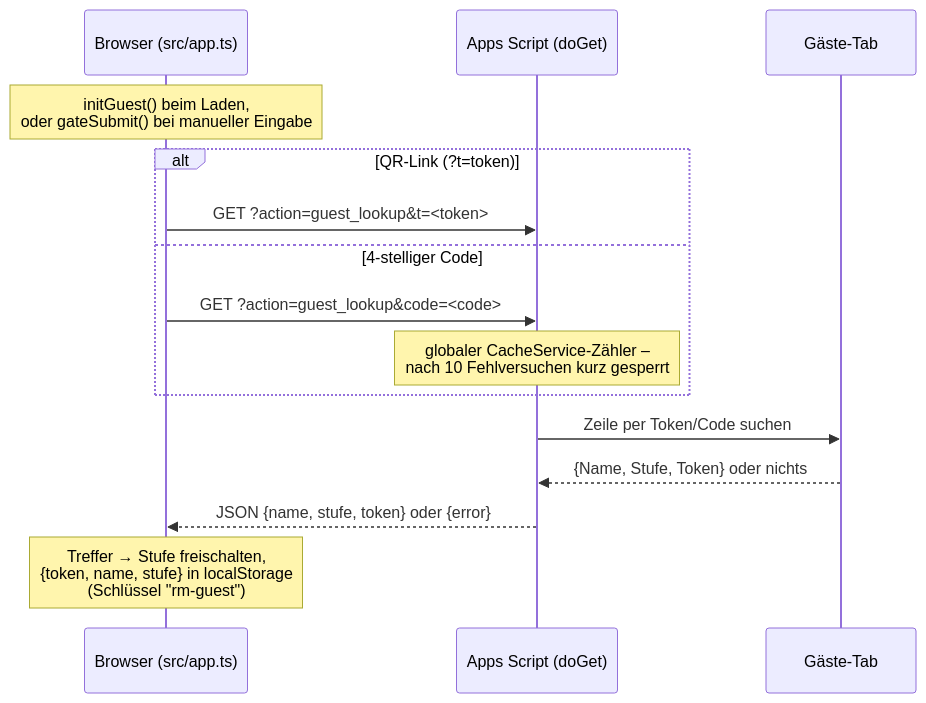
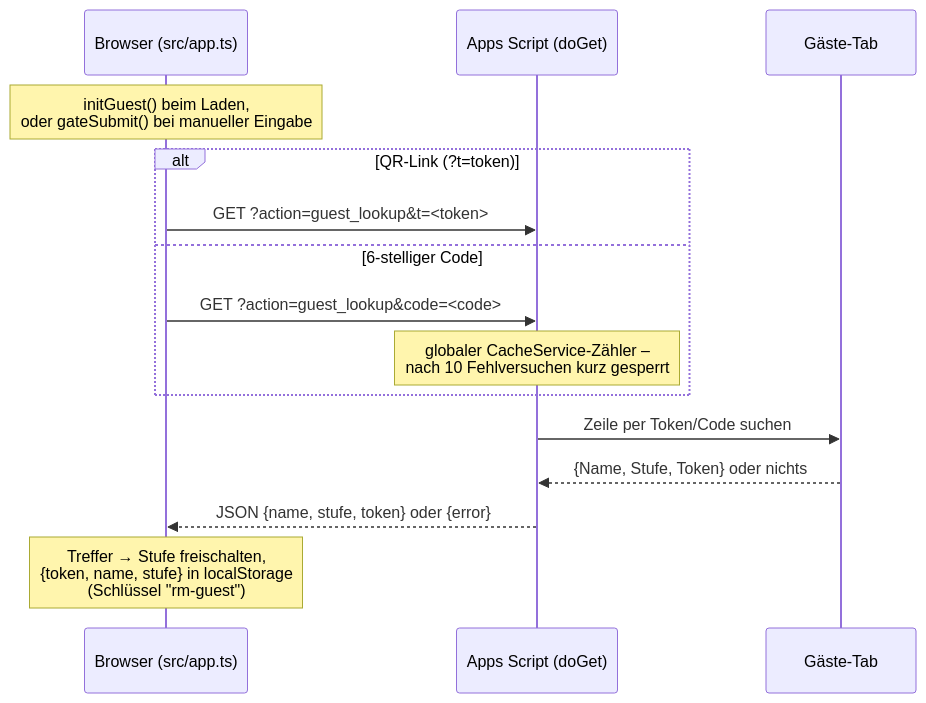
The second of 4 diagrams in ARCHITECTURE.md (MaxRebhorn/ruth-und-max-hochzeit), drawn with Mermaid before and after one commit. The commit also changed other lines of this file and 17 other files, not shown here.

````diff
--- a/ARCHITECTURE.md
+++ b/ARCHITECTURE.md
@@ -90,18 +90,18 @@
 ```mermaid
 sequenceDiagram
     participant B as Browser (src/app.ts)
     participant A as Apps Script (doGet)
     participant G as Gäste-Tab
 
     Note over B: initGuest() beim Laden,<br/>oder gateSubmit() bei manueller Eingabe
     alt QR-Link (?t=token)
         B->>A: GET ?action=guest_lookup&t=<token>
-    else 4-stelliger Code
+    else 6-stelliger Code
         B->>A: GET ?action=guest_lookup&code=<code>
         Note over A: globaler CacheService-Zähler –<br/>nach 10 Fehlversuchen kurz gesperrt
     end
     A->>G: Zeile per Token/Code suchen
     G-->>A: {Name, Stufe, Token} oder nichts
     A-->>B: JSON {name, stufe, token} oder {error}
     Note over B: Treffer → Stufe freischalten,<br/>{token, name, stufe} in localStorage<br/>(Schlüssel "rm-guest")
 ```
````
